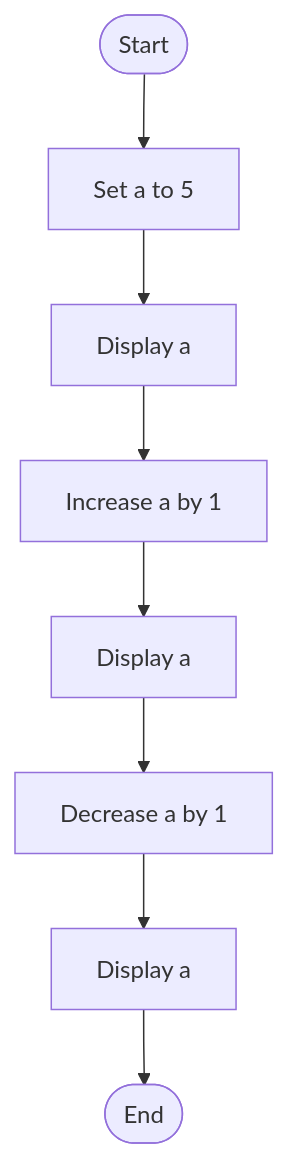
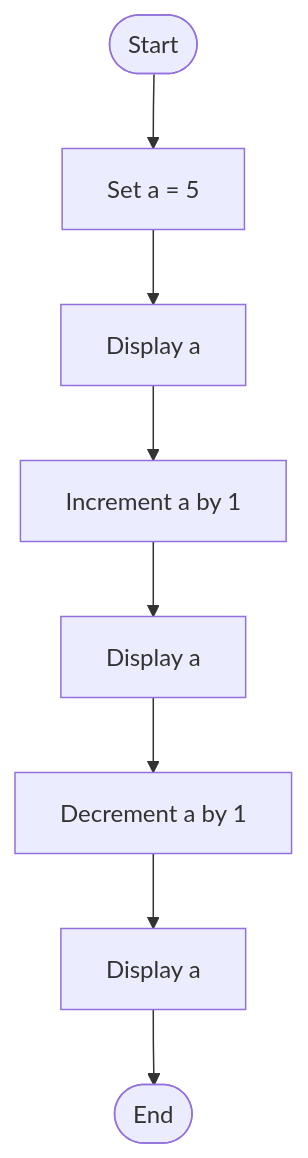
Before and after one commit to tonmoy222/C-programming-lab-work-Batch-34: the first of 3 diagrams in Lab-06-Increment-Decrement-and-Assignment-Operators/README.md, drawn with Mermaid. The commit also changed other lines of this file, not shown here.

````diff
--- a/Lab-06-Increment-Decrement-and-Assignment-Operators/README.md
+++ b/Lab-06-Increment-Decrement-and-Assignment-Operators/README.md
@@ -15,10 +10,10 @@
 ```mermaid
 flowchart TD
-    A([Start]) --> B["Set a to 5"]
+    A([Start]) --> B["Set a = 5"]
     B --> C["Display a"]
-    C --> D["Increase a by 1"]
+    C --> D["Increment a by 1"]
     D --> E["Display a"]
-    E --> F["Decrease a by 1"]
+    E --> F["Decrement a by 1"]
     F --> G["Display a"]
     G --> H([End])
 ```
````
